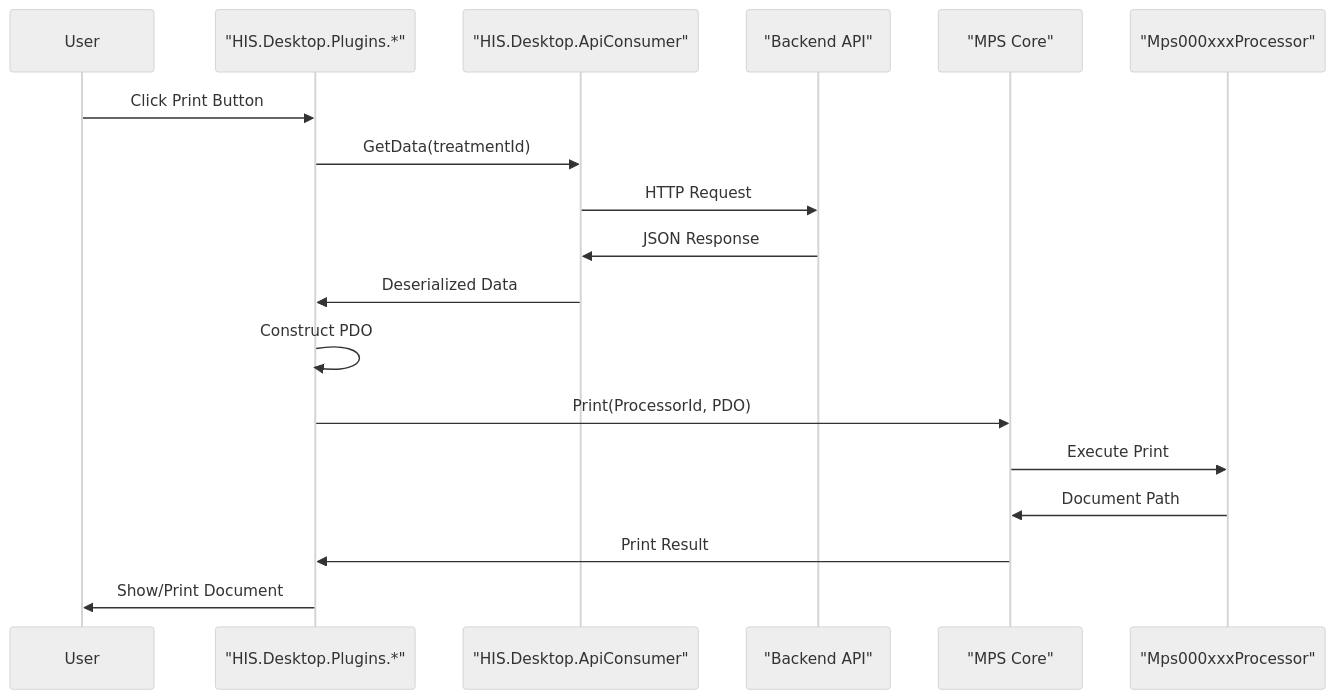
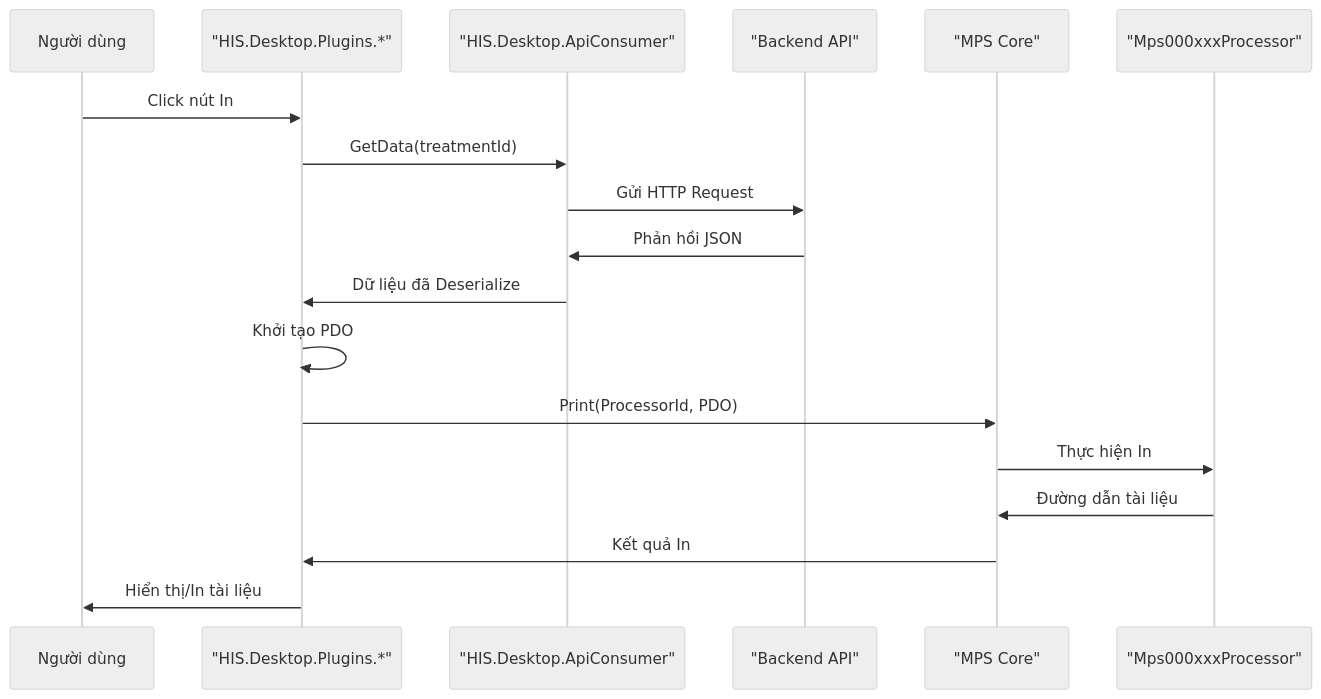
Before and after one commit to thangpnb/HIS: diagram 15 of 32 in docs/his-ba-documentation/04-integrations/notifications-events.md, drawn with Mermaid (neutral theme). The commit also changed other lines of this file and 30 other files, not shown here.

Commit message:
Refactor architecture docs and update translations

````diff
--- a/docs/his-ba-documentation/04-integrations/notifications-events.md
+++ b/docs/his-ba-documentation/04-integrations/notifications-events.md
@@ -1219,21 +1098,21 @@
 ```mermaid
 sequenceDiagram
-    participant User
+    participant User as Người dùng
     participant Plugin as "HIS.Desktop.Plugins.*"
     participant ApiConsumer as "HIS.Desktop.ApiConsumer"
     participant Backend as "Backend API"
     participant MPS as "MPS Core"
     participant Processor as "Mps000xxxProcessor"
     
-    User->>Plugin: Click Print Button
+    User->>Plugin: Click nút In
     Plugin->>ApiConsumer: GetData(treatmentId)
-    ApiConsumer->>Backend: HTTP Request
-    Backend->>ApiConsumer: JSON Response
-    ApiConsumer->>Plugin: Deserialized Data
-    Plugin->>Plugin: Construct PDO
+    ApiConsumer->>Backend: Gửi HTTP Request
+    Backend->>ApiConsumer: Phản hồi JSON
+    ApiConsumer->>Plugin: Dữ liệu đã Deserialize
+    Plugin->>Plugin: Khởi tạo PDO
     Plugin->>MPS: Print(ProcessorId, PDO)
-    MPS->>Processor: Execute Print
-    Processor->>MPS: Document Path
-    MPS->>Plugin: Print Result
-    Plugin->>User: Show/Print Document
+    MPS->>Processor: Thực hiện In
+    Processor->>MPS: Đường dẫn tài liệu
+    MPS->>Plugin: Kết quả In
+    Plugin->>User: Hiển thị/In tài liệu
 ```
````
